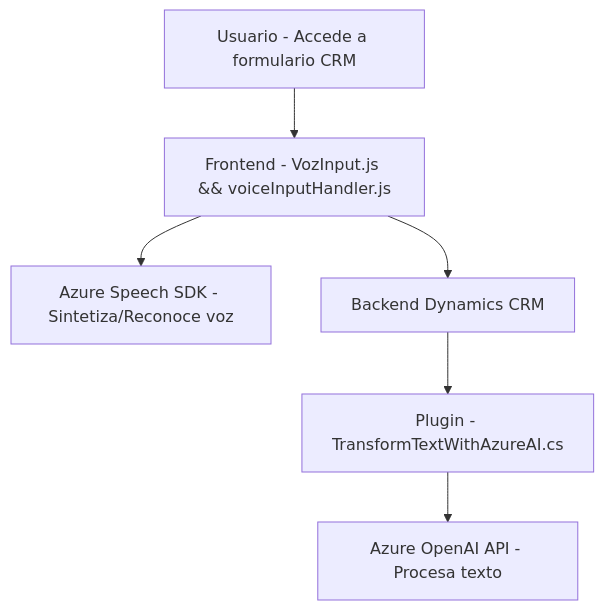
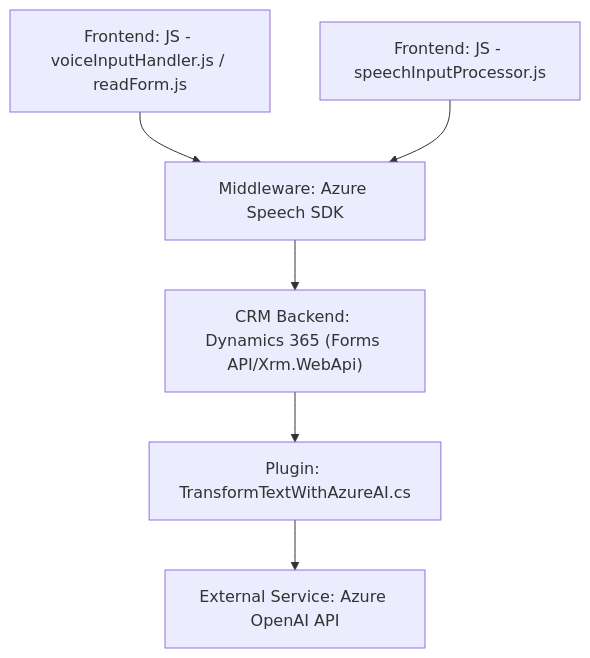
Before and after one commit to blopezdm/NETCORE_BILBAO2025: the diagram in README.md, drawn with Mermaid. The commit also changed other lines of this file, not shown here.

`````diff
--- a/README.md
+++ b/README.md
@@ -41,15 +43,8 @@
-```mermaid
+````mermaid
 graph TD
-    A["Usuario - Accede a formulario CRM"]
-    B["Frontend - VozInput.js &#38; voiceInputHandler.js"]
-    C["Azure Speech SDK - Sintetiza/Reconoce voz"]
-    D["Backend Dynamics CRM"] 
-    E["Plugin - TransformTextWithAzureAI.cs"]
-    F["Azure OpenAI API - Procesa texto"]
-
-    A --> B
-    B --> C
-    B --> D
-    D --> E
-    E --> F
-```
+    A["Frontend: JS - voiceInputHandler.js / readForm.js"] --> B["Middleware: Azure Speech SDK"]
+    C["Frontend: JS - speechInputProcessor.js"] --> B
+    B --> D["CRM Backend: Dynamics 365 (Forms API/Xrm.WebApi)"]
+    D --> E["Plugin: TransformTextWithAzureAI.cs"]
+    E --> F["External Service: Azure OpenAI API"]
+````
`````
